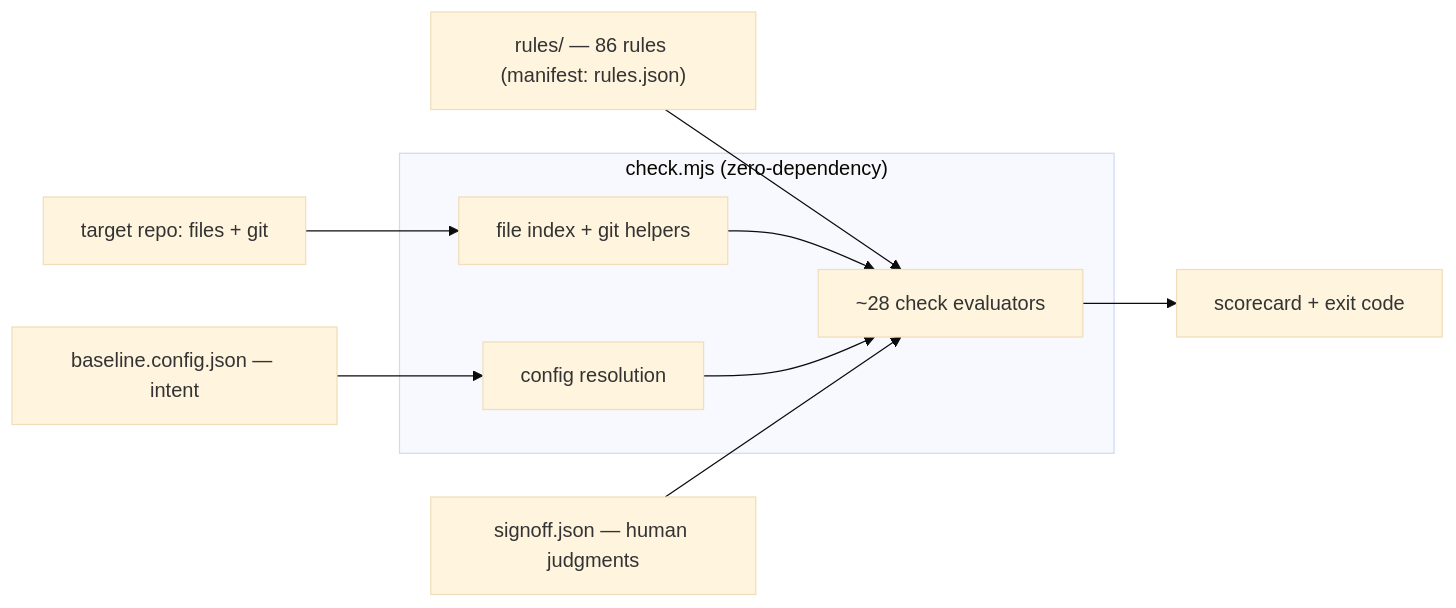
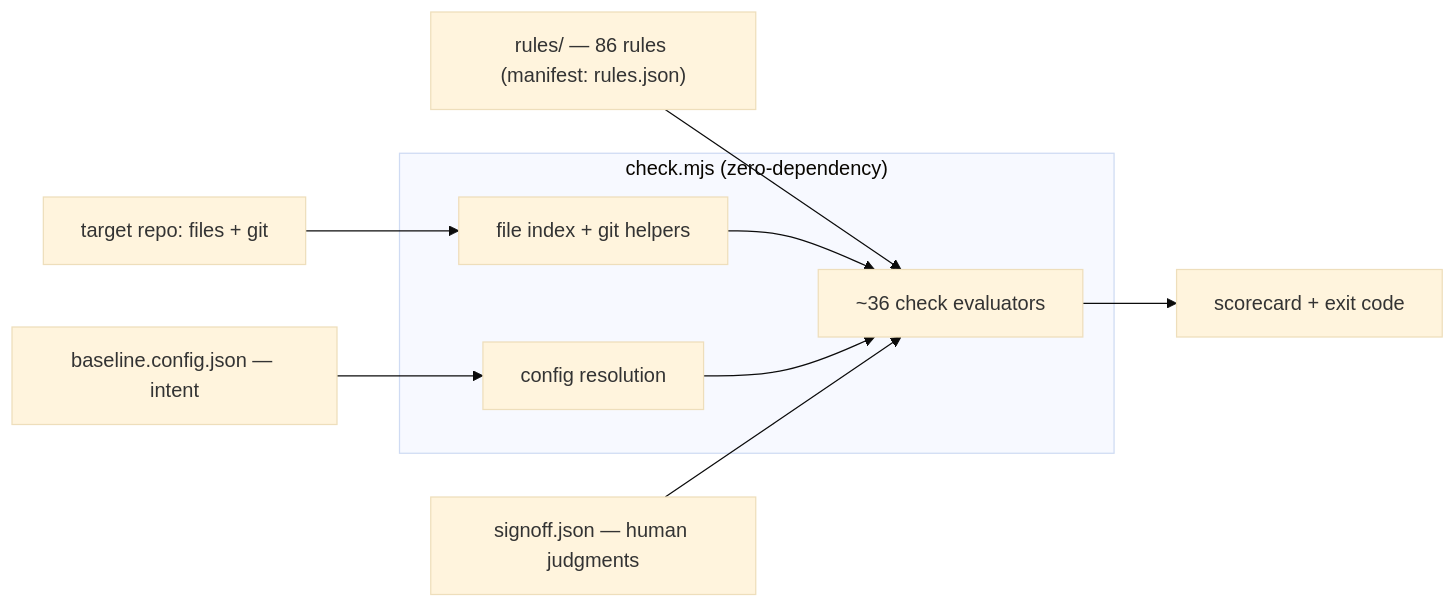
Before and after one commit to AdarGit008/baseline-skill: the first of 3 diagrams in REFERENCE.md, drawn with Mermaid (base theme). The commit also changed 28 other files, not shown here.

````diff
--- a/REFERENCE.md
+++ b/REFERENCE.md
@@ -58,12 +58,12 @@
 ```mermaid
 flowchart LR
   CFG["baseline.config.json — intent"] --> RES
   RULES["rules/ — 86 rules (manifest: rules.json)"] --> EVAL
   REPO["target repo: files + git"] --> IDX
   subgraph ENGINE["check.mjs (zero-dependency)"]
-    IDX["file index + git helpers"] --> EVAL["~28 check evaluators"]
+    IDX["file index + git helpers"] --> EVAL["~36 check evaluators"]
     RES["config resolution"] --> EVAL
   end
   SO["signoff.json — human judgments"] --> EVAL
   EVAL --> OUT["scorecard + exit code"]
 ```
````
